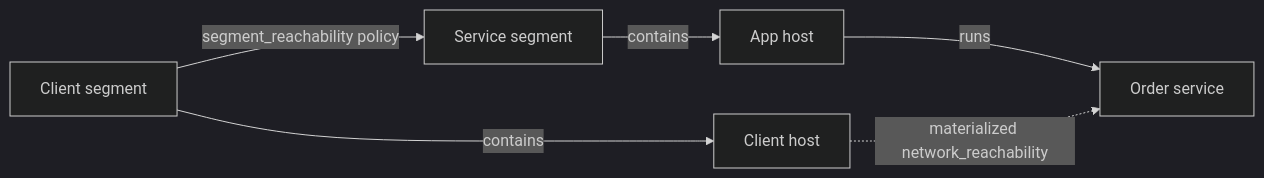
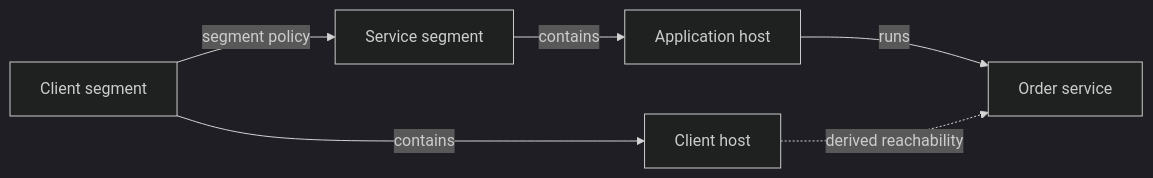
Before and after one commit to michalo1334/master_thesis: the diagram in docs/concepts/graph.md, drawn with Mermaid (dark theme). The commit also changed other lines of this file and 27 other files, not shown here.

````diff
--- a/docs/concepts/graph.md
+++ b/docs/concepts/graph.md
@@ -64,8 +59,8 @@
 ```mermaid
 flowchart LR
-    ClientZone[Client segment] -->|segment_reachability policy| ServiceZone[Service segment]
+    ClientZone[Client segment] -->|segment policy| ServiceZone[Service segment]
     ClientZone -->|contains| ClientHost[Client host]
-    ServiceZone -->|contains| AppHost[App host]
+    ServiceZone -->|contains| AppHost[Application host]
     AppHost -->|runs| OrderService[Order service]
-    ClientHost -.->|materialized network_reachability| OrderService
+    ClientHost -.->|derived reachability| OrderService
 ```
````
